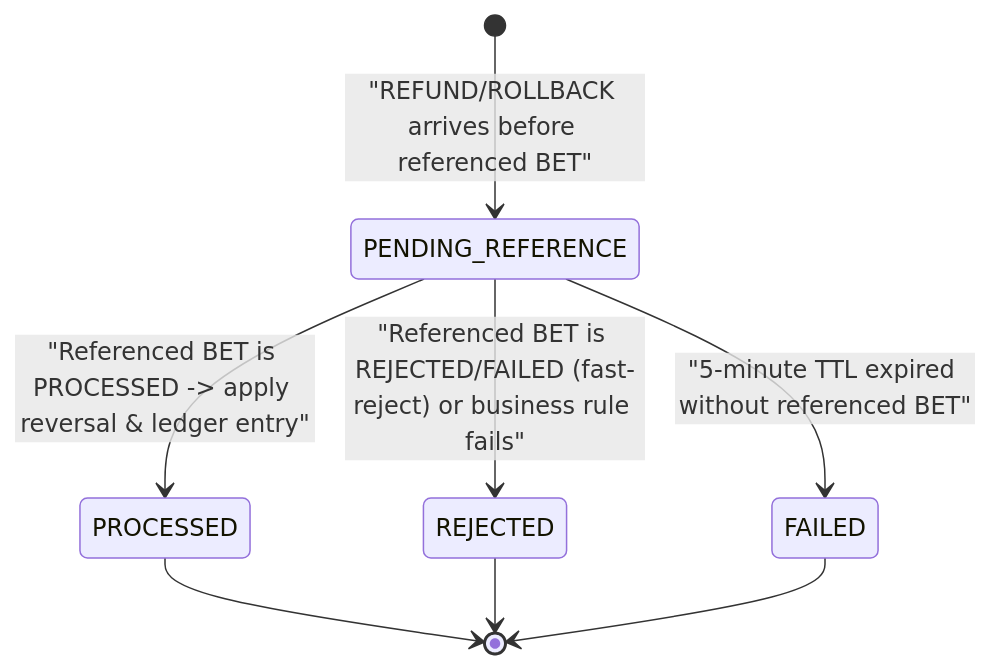
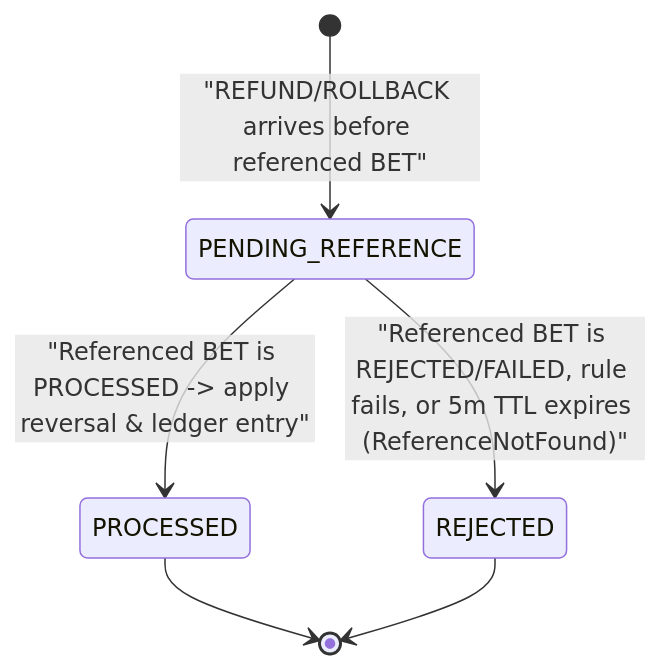
Before and after one commit to MuriloFA29/Technical-Challenge---Distributed-Wagering-Processor: the third of 3 diagrams in ARCHITECTURE.md, drawn with Mermaid. The commit also changed other lines of this file and 3 other files, not shown here.

Commit message:
docs: align architecture and README details with implementation

````diff
--- a/ARCHITECTURE.md
+++ b/ARCHITECTURE.md
@@ -135,10 +135,8 @@
 ```mermaid
 stateDiagram-v2
   [*] --> PENDING_REFERENCE: "REFUND/ROLLBACK arrives before referenced BET"
   PENDING_REFERENCE --> PROCESSED: "Referenced BET is PROCESSED -> apply reversal & ledger entry"
-  PENDING_REFERENCE --> REJECTED: "Referenced BET is REJECTED/FAILED (fast-reject) or business rule fails"
-  PENDING_REFERENCE --> FAILED: "5-minute TTL expired without referenced BET"
+  PENDING_REFERENCE --> REJECTED: "Referenced BET is REJECTED/FAILED, rule fails, or 5m TTL expires (ReferenceNotFound)"
   PROCESSED --> [*]
   REJECTED --> [*]
-  FAILED --> [*]
 ```
````
